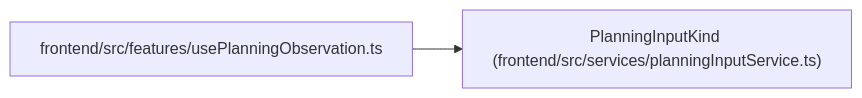
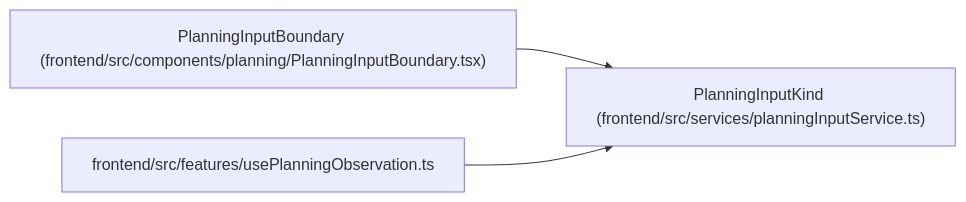
One commit to Denissvgn/WorkChord changed the diagram in docs/llm_wiki/entities/PlanningInputKind.md. Above: the diagram before and after it, drawn with Mermaid. The commit also changed other lines of this file and 555 other files, not shown here.

````diff
--- a/docs/llm_wiki/entities/PlanningInputKind.md
+++ b/docs/llm_wiki/entities/PlanningInputKind.md
@@ -23,8 +23,11 @@
 ```mermaid
 flowchart LR
     n0["PlanningInputKind (frontend/src/services/planningInputService.ts)"]
-    n1["frontend/src/features/usePlanningObservation.ts"]
+    n1["PlanningInputBoundary (frontend/src/components/planning/PlanningInputBoundary.tsx)"]
+    n2["frontend/src/features/usePlanningObservation.ts"]
     n1 --> n0
+    n2 --> n0
     click n0 "../modules/planningInputService.md"
-    click n1 "../modules/usePlanningObservation.md"
+    click n1 "../modules/PlanningInputBoundary.md"
+    click n2 "../modules/usePlanningObservation.md"
 ```
````
